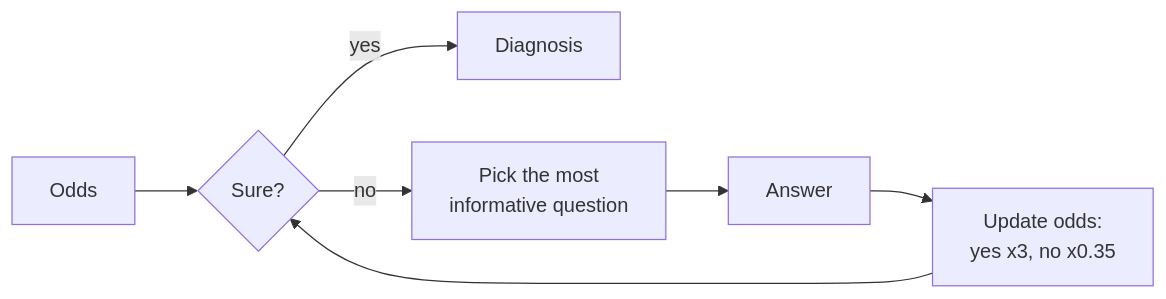
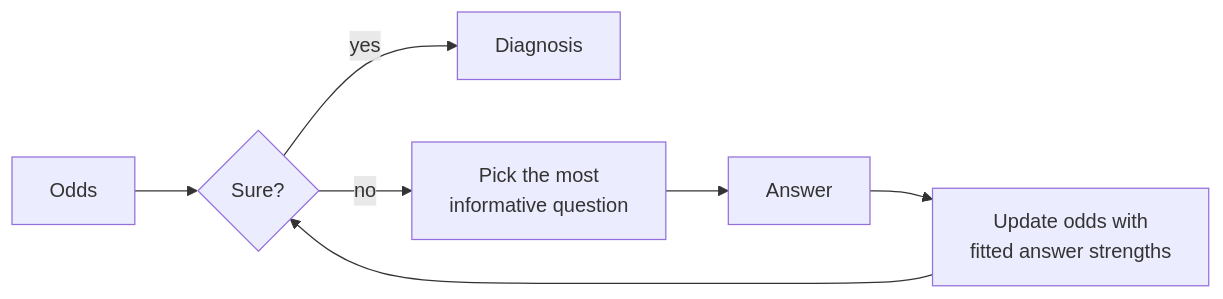
One commit to aakashksen/sprout changed the fourth of 10 diagrams in README.md. Above: the diagram before and after it, drawn with Mermaid. The commit also changed other lines of this file and 10 other files, not shown here.

Commit message:
Describe the follow-up question engine (E18) in the README, site and architecture pages; fix test count and split wording

````diff
--- a/README.md
+++ b/README.md
@@ -123,9 +127,9 @@
 ```mermaid
 flowchart LR
     O["Odds"] --> S{"Sure?"}
     S -->|yes| D["Diagnosis"]
     S -->|no| P["Pick the most<br/>informative question"]
     P --> A["Answer"]
-    A --> U["Update odds:<br/>yes x3, no x0.35"]
+    A --> U["Update odds with<br/>fitted answer strengths"]
     U --> S
 ```
````
